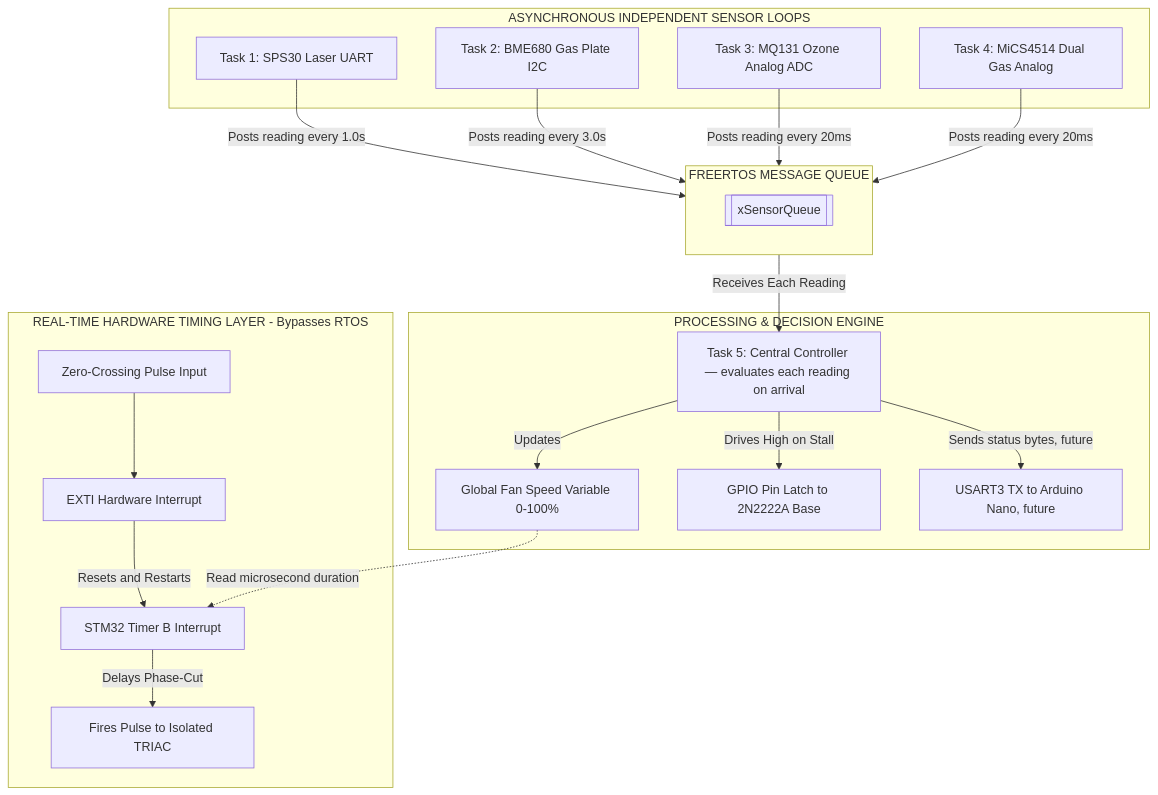
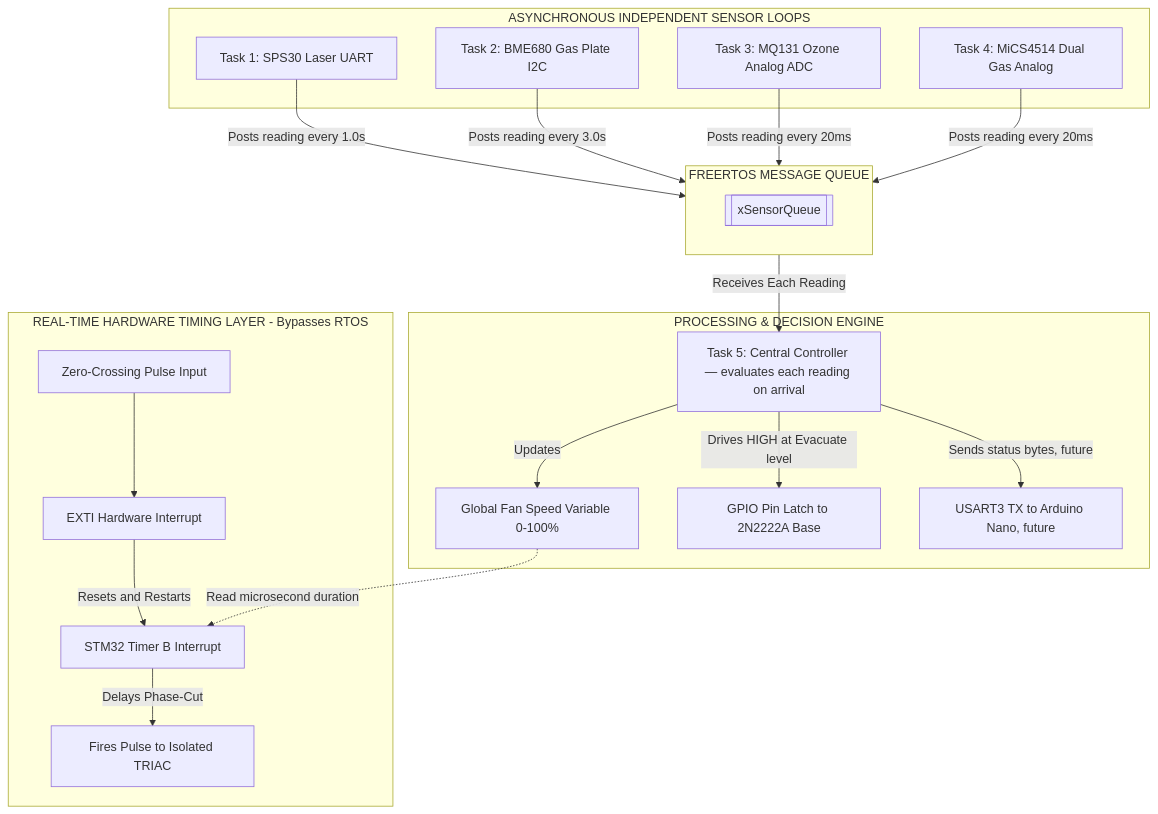
One commit to yuvalkuck/clearair changed the fourth of 6 diagrams in README.md. Above: the diagram before and after it, drawn with Mermaid. The commit also changed other lines of this file and 18 other files, not shown here.

````diff
--- a/README.md
+++ b/README.md
@@ -269,50 +293,50 @@
 ```mermaid
 graph TD
     %% Asynchronous Inputs
     subgraph Loops [ASYNCHRONOUS INDEPENDENT SENSOR LOOPS]
         T1[Task 1: SPS30 Laser UART]
         T2[Task 2: BME680 Gas Plate I2C]
         T3[Task 3: MQ131 Ozone Analog ADC]
         T4[Task 4: MiCS4514 Dual Gas Analog]
     end
 
     %% Central Message Queue
     subgraph Buffer [FREERTOS MESSAGE QUEUE]
         direction TB
         Queue[[xSensorQueue]]
     end
 
     %% Sync / Control Layer
     subgraph Decision [PROCESSING & DECISION ENGINE]
         T5[Task 5: Central Controller — evaluates each reading on arrival]
         FanSpeed[Global Fan Speed Variable 0-100%]
         BuzzerPin[GPIO Pin Latch to 2N2222A Base]
         USART3_Out[USART3 TX to Arduino Nano, future]
     end
 
     %% Hardware Real-Time Layer
     subgraph ISR_Layer [REAL-TIME HARDWARE TIMING LAYER - Bypasses RTOS]
         ZC_Pulse[Zero-Crossing Pulse Input]
         EXTI_ISR[EXTI Hardware Interrupt]
         Timer_ISR[STM32 Timer B Interrupt]
         TRIAC_Gate[Fires Pulse to Isolated TRIAC]
     end
 
     %% Async Data flow
     T1 -->|Posts reading every 1.0s| Queue
     T2 -->|Posts reading every 3.0s| Queue
     T3 -->|Posts reading every 20ms| Queue
     T4 -->|Posts reading every 20ms| Queue
 
     %% Central Decision flow
     Queue -->|Receives Each Reading| T5
     T5 -->|Updates| FanSpeed
-    T5 -->|Drives High on Stall| BuzzerPin
+    T5 -->|Drives HIGH at Evacuate level| BuzzerPin
     T5 -->|Sends status bytes, future| USART3_Out
 
     %% Precise Timing Hardware Loop
     ZC_Pulse --> EXTI_ISR
     EXTI_ISR -->|Resets and Restarts| Timer_ISR
     FanSpeed -.->|Read microsecond duration| Timer_ISR
     Timer_ISR -->|Delays Phase-Cut| TRIAC_Gate
 ```
````
